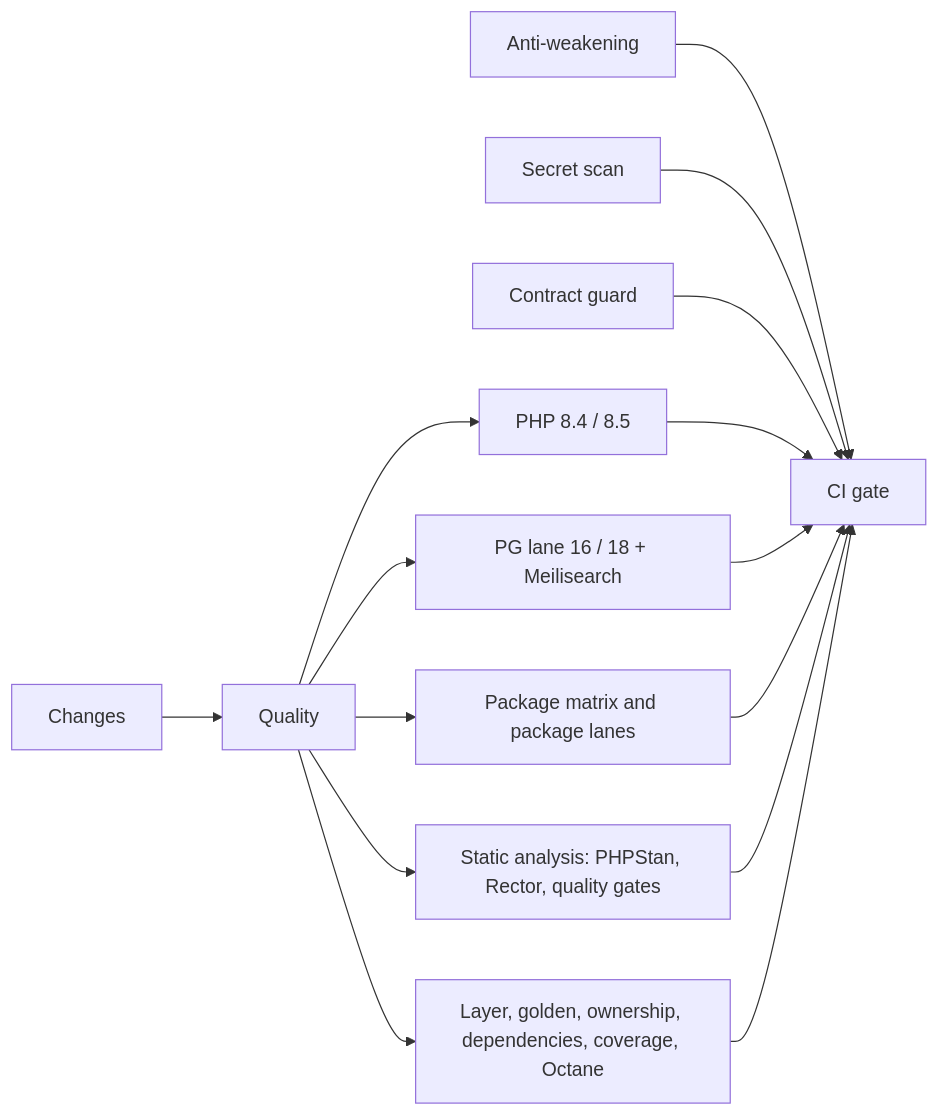
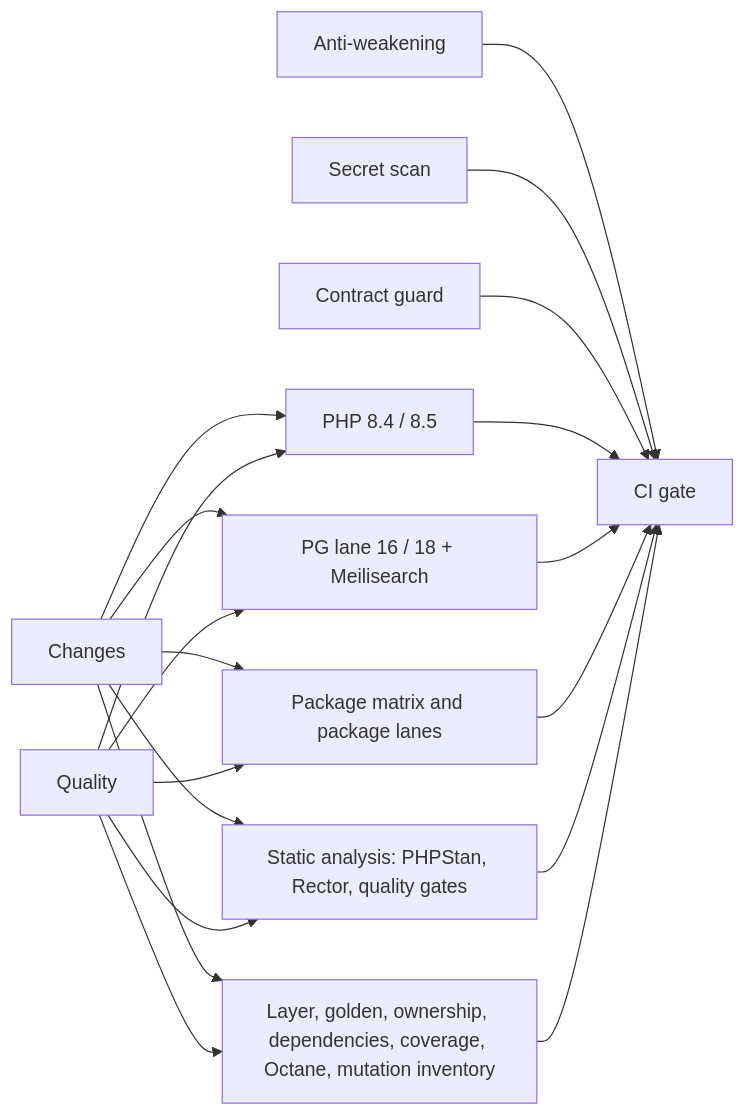
One commit to axiomasoft/corex changed the diagram in docs/testing-ci.md. Above: the diagram before and after it, drawn with Mermaid. The commit also changed other lines of this file and 1 other file, not shown here.

````diff
--- a/docs/testing-ci.md
+++ b/docs/testing-ci.md
@@ -89,13 +89,12 @@
 ```mermaid
 flowchart LR
-    changes[Changes] --> quality[Quality]
-    quality --> tests[PHP 8.4 / 8.5]
-    quality --> pg[PG lane 16 / 18 + Meilisearch]
-    quality --> packages[Package matrix and package lanes]
-    quality --> analysis[Static analysis: PHPStan, Rector, quality gates]
-    quality --> gates[Layer, golden, ownership, dependencies, coverage, Octane]
+    changes[Changes] & quality[Quality] --> tests[PHP 8.4 / 8.5]
+    changes & quality --> pg[PG lane 16 / 18 + Meilisearch]
+    changes & quality --> packages[Package matrix and package lanes]
+    changes & quality --> analysis[Static analysis: PHPStan, Rector, quality gates]
+    changes & quality --> gates[Layer, golden, ownership, dependencies, coverage, Octane, mutation inventory]
     awg[Anti-weakening] --> gate
     secrets[Secret scan] --> gate
     contract[Contract guard] --> gate
     tests & pg & packages & analysis & gates --> gate[CI gate]
 ```
````
